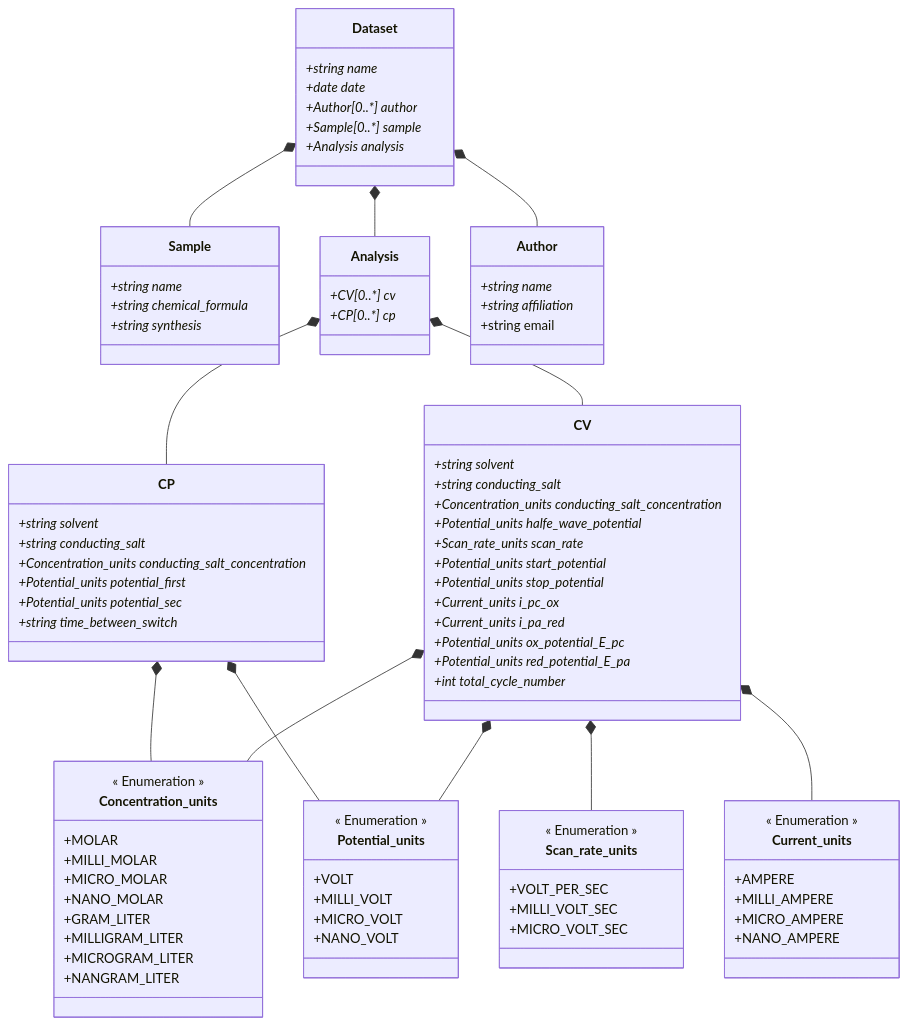
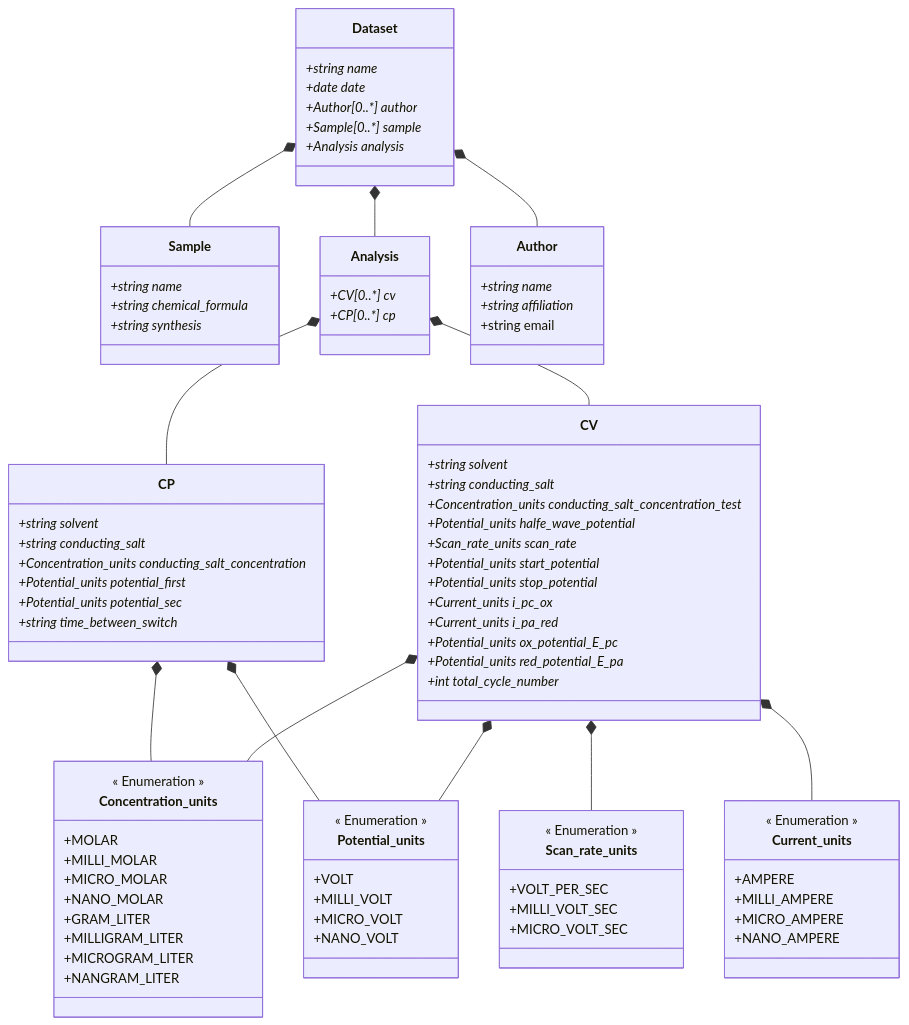
The diagram in ElectrochemistryDataModel/schemes/electrochemistrydatamodel_schema.md (FAIRChemistry/datamodel-electrochemistry), drawn with Mermaid before and after one commit. The commit also changed 7 other files, not shown here.

```diff
--- a/ElectrochemistryDataModel/schemes/electrochemistrydatamodel_schema.md
+++ b/ElectrochemistryDataModel/schemes/electrochemistrydatamodel_schema.md
@@ -43,7 +43,7 @@
     class CV {
         +string solvent*
         +string conducting_salt*
-        +Concentration_units conducting_salt_concentration*
+        +Concentration_units conducting_salt_concentration_test*
         +Potential_units halfe_wave_potential*
         +Scan_rate_units scan_rate*
         +Potential_units start_potential*
```
